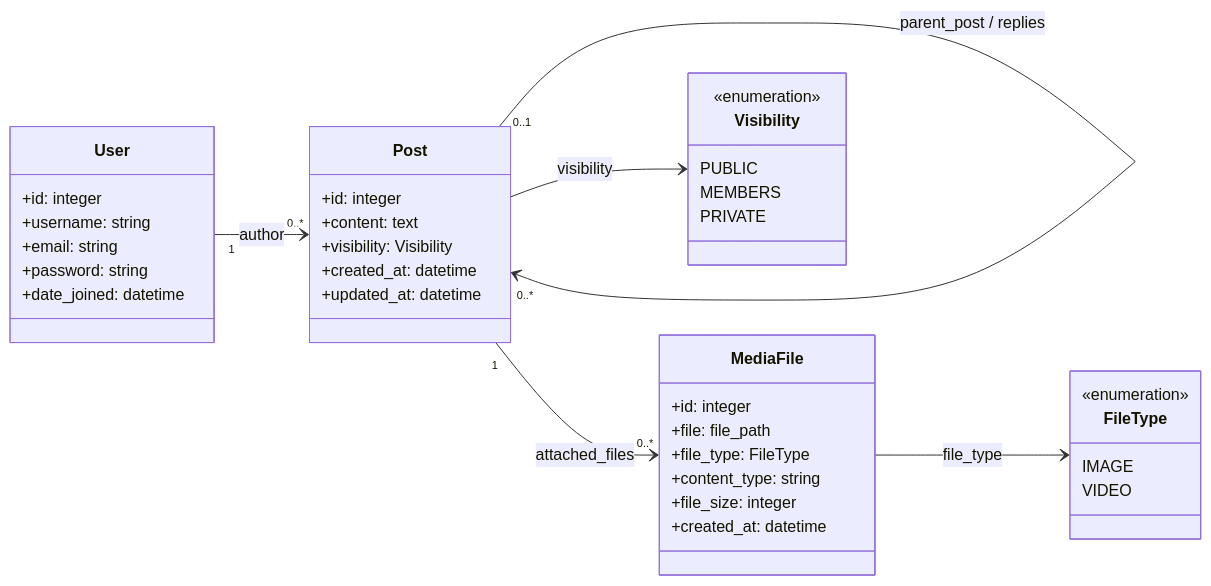
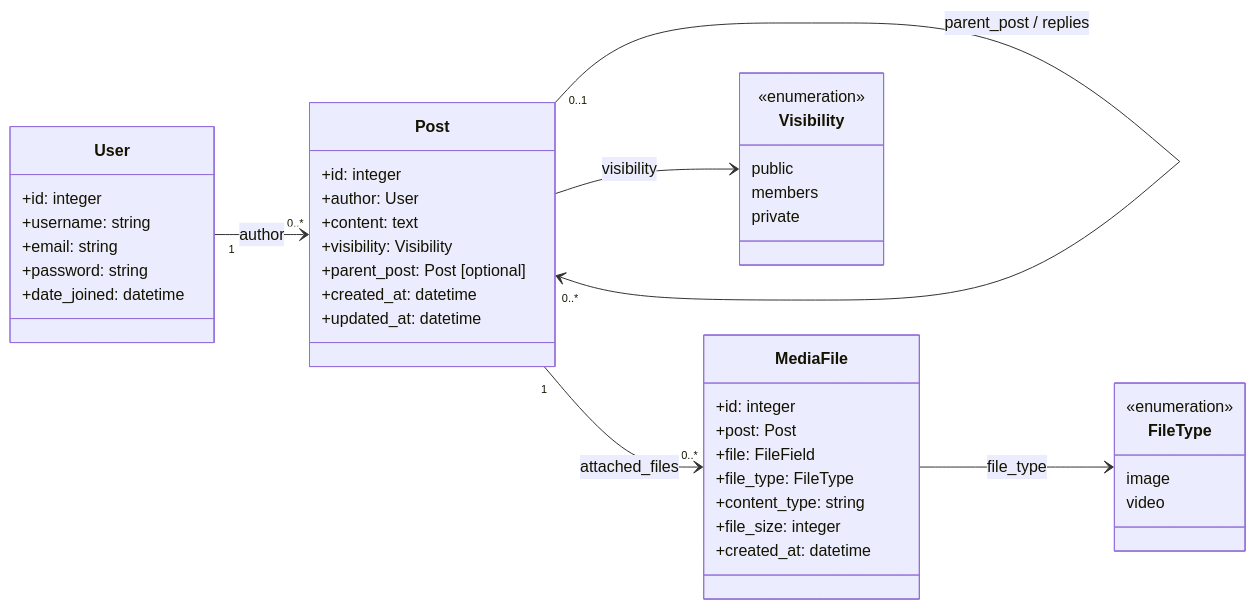
The second of 2 diagrams in README.md (IsaacToDv/FraterChrist), drawn with Mermaid before and after one commit. The commit also changed other lines of this file, not shown here.

Commit message:
docs: clarify UML fields and align stack badges

```diff
--- a/README.md
+++ b/README.md
@@ -90,48 +91,51 @@
 ~~~mermaid
 classDiagram
     direction LR
 
     class User {
         +id: integer
         +username: string
         +email: string
         +password: string
         +date_joined: datetime
     }
 
     class Post {
         +id: integer
+        +author: User
         +content: text
         +visibility: Visibility
+        +parent_post: Post [optional]
         +created_at: datetime
         +updated_at: datetime
     }
 
     class MediaFile {
         +id: integer
-        +file: file_path
+        +post: Post
+        +file: FileField
         +file_type: FileType
         +content_type: string
         +file_size: integer
         +created_at: datetime
     }
 
     class Visibility {
         <<enumeration>>
-        PUBLIC
-        MEMBERS
-        PRIVATE
+        public
+        members
+        private
     }
 
     class FileType {
         <<enumeration>>
-        IMAGE
-        VIDEO
+        image
+        video
     }
 
     User "1" --> "0..*" Post : author
     Post "0..1" --> "0..*" Post : parent_post / replies
     Post "1" --> "0..*" MediaFile : attached_files
     Post --> Visibility : visibility
     MediaFile --> FileType : file_type
 ~~~
```
